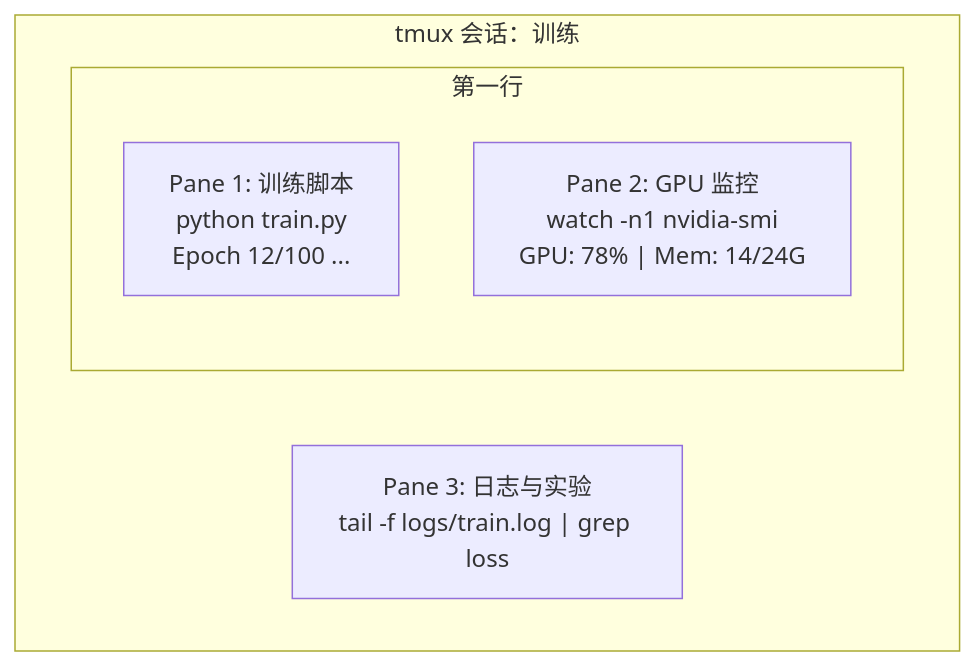
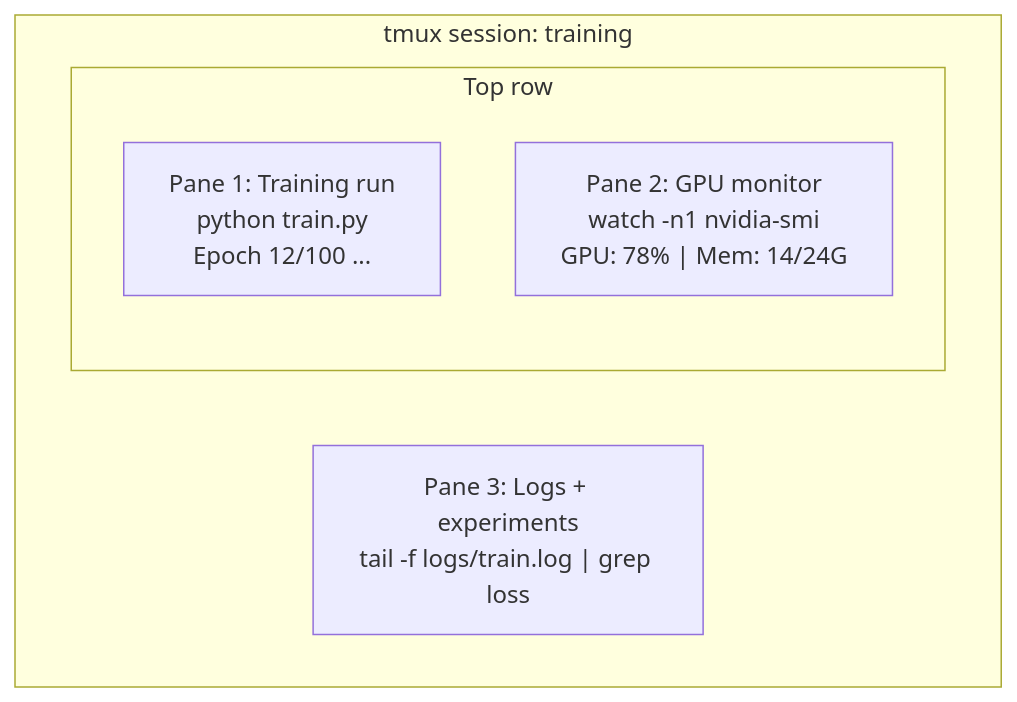
One commit to omigaZen/ai-engineering-from-scratch changed the diagram in phases/00-setup-and-tooling/10-terminal-and-shell/docs/zh.md. Above: the diagram before and after it, drawn with Mermaid. The commit also changed other lines of this file and 32 other files, not shown here.

````diff
--- a/phases/00-setup-and-tooling/10-terminal-and-shell/docs/zh.md
+++ b/phases/00-setup-and-tooling/10-terminal-and-shell/docs/zh.md
@@ -23,10 +23,10 @@
 ```mermaid
 graph TD
-    subgraph tmux["tmux 会话：训练"]
-        subgraph top["第一行"]
-            P1["Pane 1: 训练脚本<br/>python train.py<br/>Epoch 12/100 ..."]
-            P2["Pane 2: GPU 监控<br/>watch -n1 nvidia-smi<br/>GPU: 78% | Mem: 14/24G"]
+    subgraph tmux["tmux session: training"]
+        subgraph top["Top row"]
+            P1["Pane 1: Training run<br/>python train.py<br/>Epoch 12/100 ..."]
+            P2["Pane 2: GPU monitor<br/>watch -n1 nvidia-smi<br/>GPU: 78% | Mem: 14/24G"]
         end
-        P3["Pane 3: 日志与实验<br/>tail -f logs/train.log | grep loss"]
+        P3["Pane 3: Logs + experiments<br/>tail -f logs/train.log | grep loss"]
     end
 ```
````
